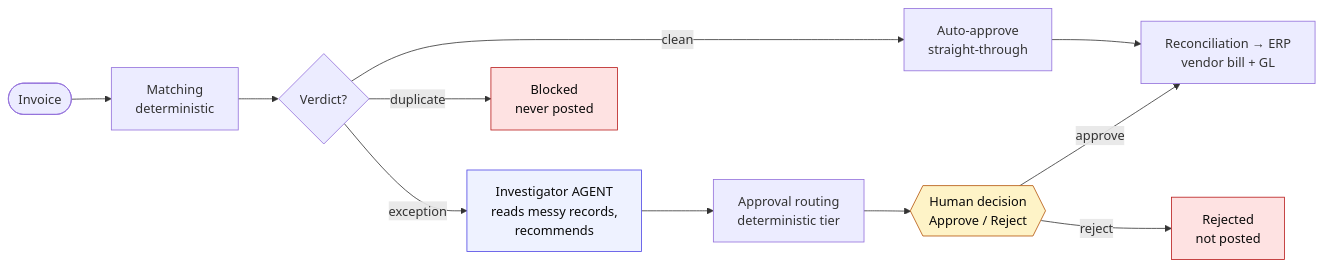
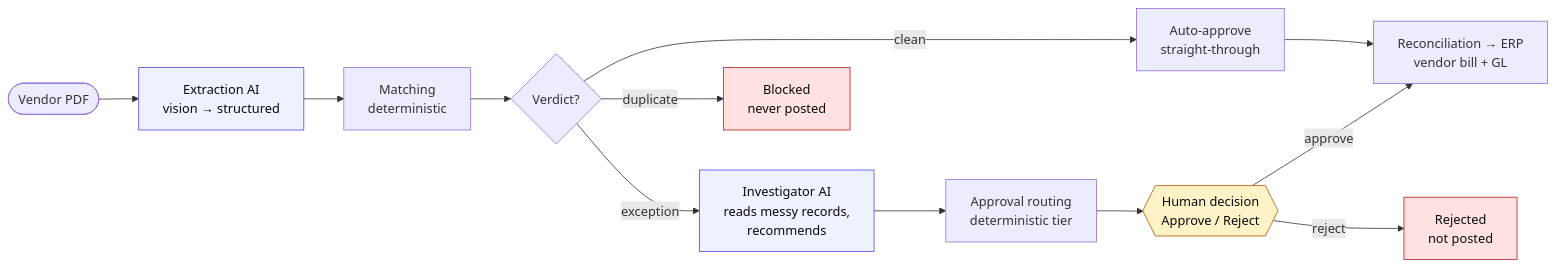
The diagram in README.md (DylanMerigaud/ledgerloop), drawn with Mermaid before and after one commit. The commit also changed other lines of this file and 16 other files, not shown here.

First line of the commit message:
Add document-extraction intake: vision PDF read + live reveal

````diff
--- a/README.md
+++ b/README.md
@@ -15,22 +15,23 @@
 ```mermaid
 flowchart LR
-    I([Invoice]) --> M[Matching<br/>deterministic]
+    PDF([Vendor PDF]) --> X[Extraction AI<br/>vision → structured]
+    X --> M[Matching<br/>deterministic]
     M --> V{Verdict?}
 
     V -- "clean" --> AUTO[Auto-approve<br/>straight-through]
     V -- "duplicate" --> BLK[Blocked<br/>never posted]
-    V -- "exception" --> INV[Investigator AGENT<br/>reads messy records,<br/>recommends]
+    V -- "exception" --> INV[Investigator AI<br/>reads messy records,<br/>recommends]
 
     INV --> R[Approval routing<br/>deterministic tier]
     R --> H{{Human decision<br/>Approve / Reject}}
     H -- "approve" --> POST
     H -- "reject" --> REJ[Rejected<br/>not posted]
     AUTO --> POST[Reconciliation → ERP<br/>vendor bill + GL]
 
-    classDef agent fill:#EEF2FF,stroke:#4F46E5,color:#0A0A0A;
+    classDef ai fill:#EEF2FF,stroke:#4F46E5,color:#0A0A0A;
     classDef gate fill:#FEF3C7,stroke:#B45309,color:#0A0A0A;
     classDef stop fill:#FEE2E2,stroke:#B91C1C,color:#0A0A0A;
-    class INV agent;
+    class X,INV ai;
     class H gate;
     class BLK,REJ stop;
 ```
````
